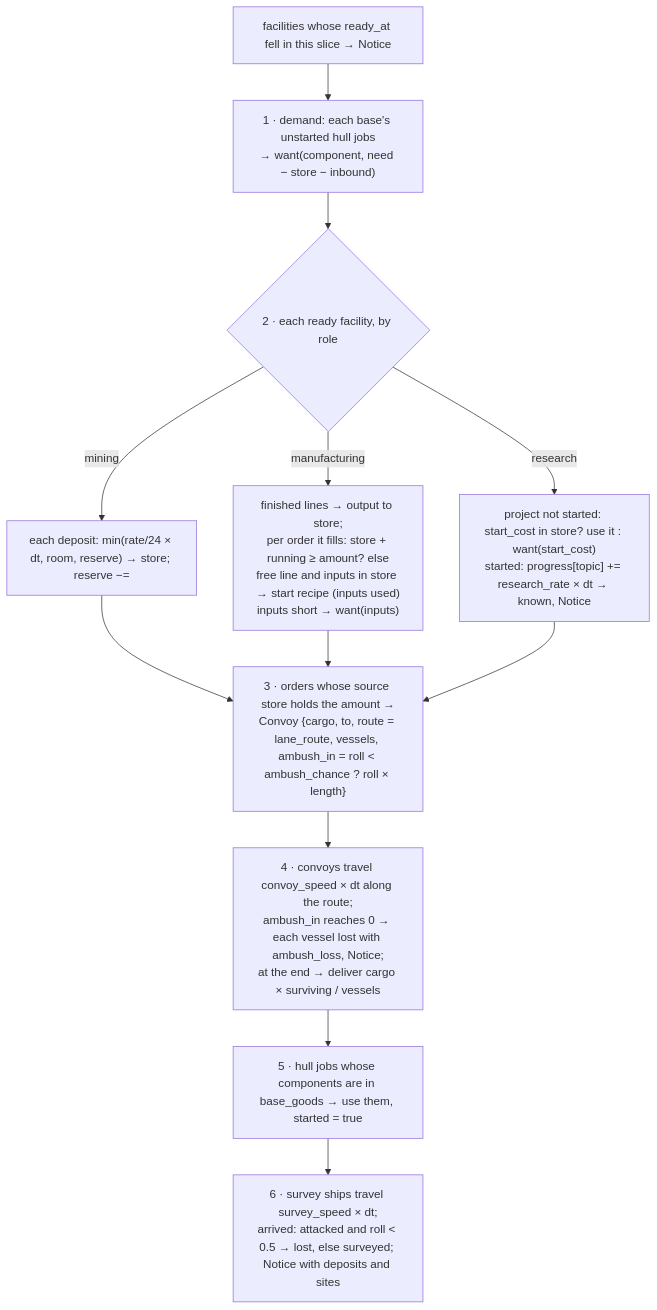
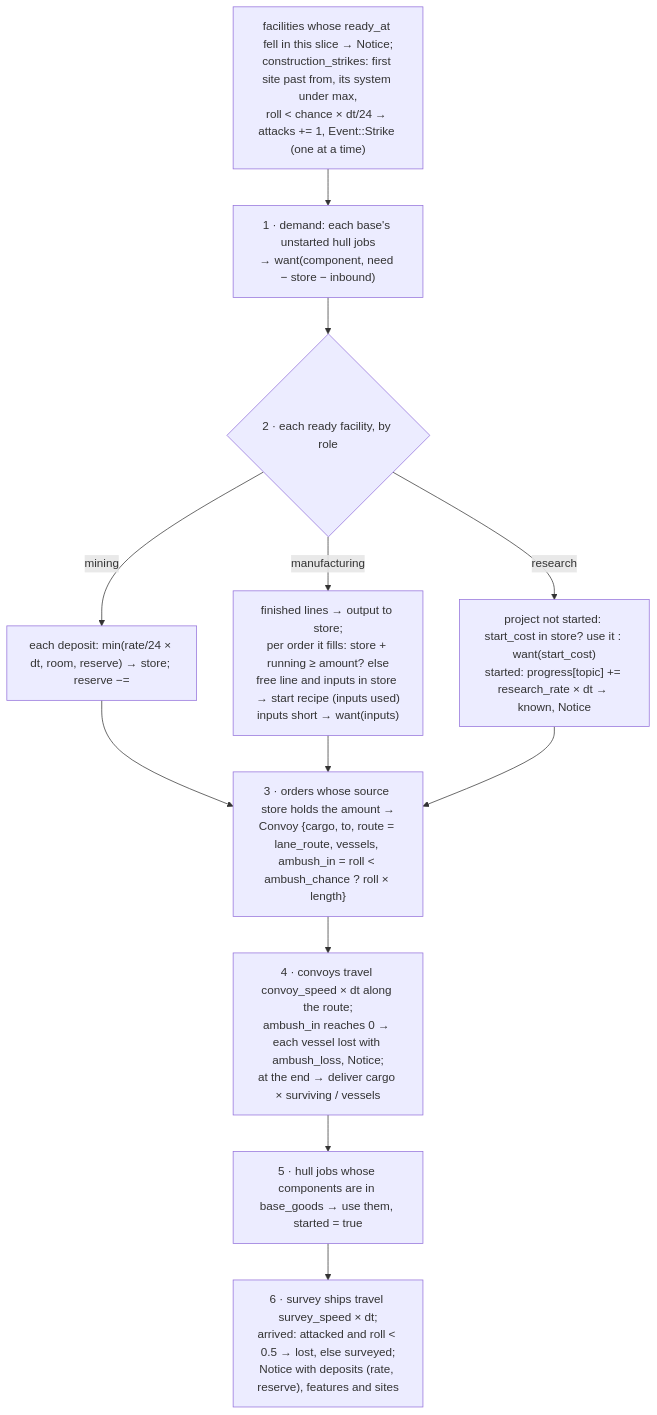
One commit to bbogovich/OpenInterceptor changed the sixth of 8 diagrams in docs/implementation/architecture/campaign.md. Above: the diagram before and after it, drawn with Mermaid. The commit also changed other lines of this file and 39 other files, not shown here.

````diff
--- a/docs/implementation/architecture/campaign.md
+++ b/docs/implementation/architecture/campaign.md
@@ -294,12 +318,12 @@
 ```mermaid
 flowchart TD
-    A["facilities whose ready_at fell in this slice → Notice"] --> B["1 · demand: each base's unstarted hull jobs<br/>→ want(component, need − store − inbound)"]
+    A["facilities whose ready_at fell in this slice → Notice;<br/>construction_strikes: first site past from, its system under max,<br/>roll < chance × dt/24 → attacks += 1, Event::Strike (one at a time)"] --> B["1 · demand: each base's unstarted hull jobs<br/>→ want(component, need − store − inbound)"]
     B --> C{"2 · each ready facility, by role"}
     C -->|mining| M["each deposit: min(rate/24 × dt, room, reserve) → store; reserve −="]
     C -->|manufacturing| P["finished lines → output to store;<br/>per order it fills: store + running ≥ amount? else<br/>free line and inputs in store → start recipe (inputs used)<br/>inputs short → want(inputs)"]
     C -->|research| R["project not started: start_cost in store? use it : want(start_cost)<br/>started: progress[topic] += research_rate × dt → known, Notice"]
     M & P & R --> D["3 · orders whose source store holds the amount →<br/>Convoy {cargo, to, route = lane_route, vessels, ambush_in = roll < ambush_chance ? roll × length}"]
     D --> E["4 · convoys travel convoy_speed × dt along the route;<br/>ambush_in reaches 0 → each vessel lost with ambush_loss, Notice;<br/>at the end → deliver cargo × surviving / vessels"]
     E --> F["5 · hull jobs whose components are in base_goods → use them, started = true"]
-    F --> G["6 · survey ships travel survey_speed × dt;<br/>arrived: attacked and roll < 0.5 → lost, else surveyed; Notice with deposits and sites"]
+    F --> G["6 · survey ships travel survey_speed × dt;<br/>arrived: attacked and roll < 0.5 → lost, else surveyed;<br/>Notice with deposits (rate, reserve), features and sites"]
 ```
````
